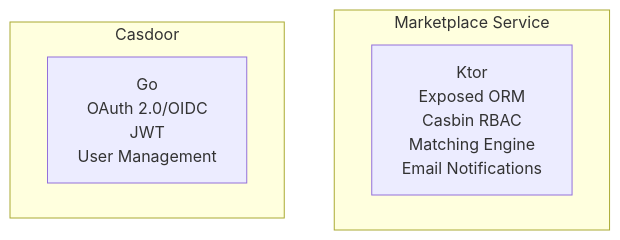
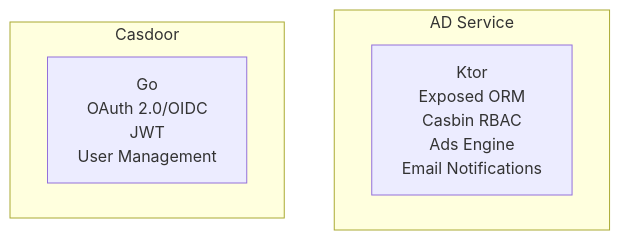
The fourth of 10 diagrams in docs/architecture/tech-stack.md (otuskotlin/202602-ok-marketplace), drawn with Mermaid before and after one commit. The commit also changed other lines of this file and 6 other files, not shown here.

````diff
--- a/docs/architecture/tech-stack.md
+++ b/docs/architecture/tech-stack.md
@@ -88,10 +88,10 @@
 ```mermaid
 graph TB
-    subgraph "Marketplace Service"
-        MS["Ktor<br/>Exposed ORM<br/>Casbin RBAC<br/>Matching Engine<br/>Email Notifications"]
+    subgraph "AD Service"
+        MS["Ktor<br/>Exposed ORM<br/>Casbin RBAC<br/>Ads Engine<br/>Email Notifications"]
     end
     
     subgraph "Casdoor"
         CD["Go<br/>OAuth 2.0/OIDC<br/>JWT<br/>User Management"]
     end
 ```
````
